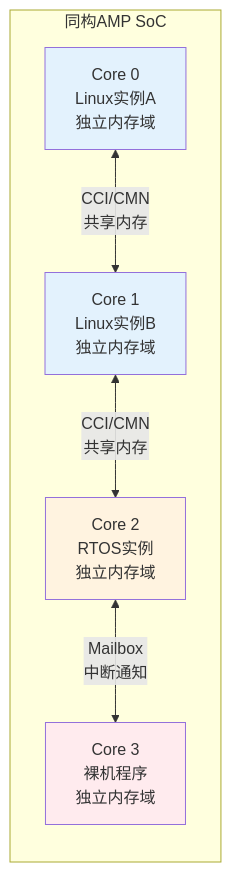
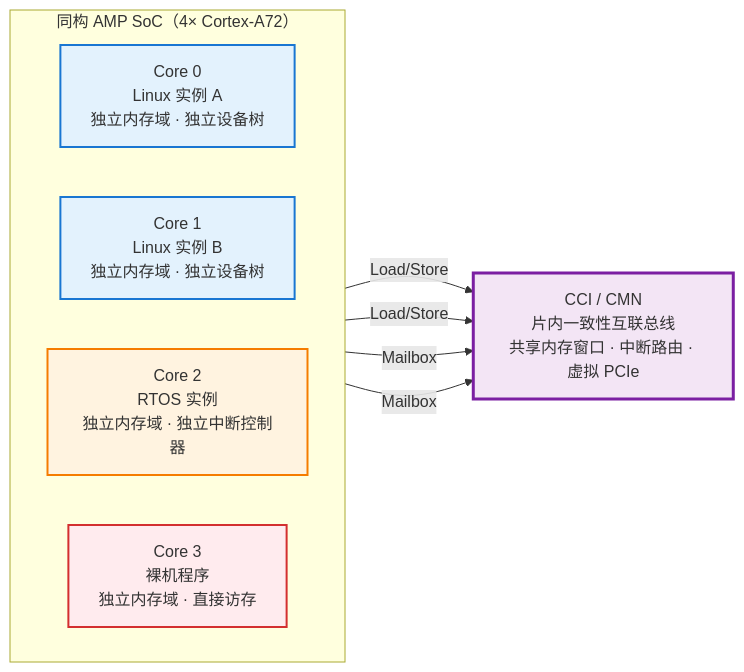
The third of 11 diagrams in docs/10-专用技术与前沿趋势/02-异构多核通信/01-异构架构与通信需求.md (xiaohong0925/Embedded_Knowledge_System_V2026), drawn with Mermaid before and after one commit. The commit also changed other lines of this file, not shown here.

````diff
--- a/docs/10-专用技术与前沿趋势/02-异构多核通信/01-异构架构与通信需求.md
+++ b/docs/10-专用技术与前沿趋势/02-异构多核通信/01-异构架构与通信需求.md
@@ -138,19 +146,23 @@
 ```mermaid
 flowchart LR
-    subgraph SoC["同构AMP SoC"]
-        direction TB
-        Core0["Core 0<br>Linux实例A<br>独立内存域"]
-        Core1["Core 1<br>Linux实例B<br>独立内存域"]
-        Core2["Core 2<br>RTOS实例<br>独立内存域"]
-        Core3["Core 3<br>裸机程序<br>独立内存域"]
+    subgraph SoC["同构 AMP SoC（4× Cortex-A72）"]
+        direction LR
+        Core0["Core 0<br>Linux 实例 A<br>独立内存域 · 独立设备树"]
+        Core1["Core 1<br>Linux 实例 B<br>独立内存域 · 独立设备树"]
+        Core2["Core 2<br>RTOS 实例<br>独立内存域 · 独立中断控制器"]
+        Core3["Core 3<br>裸机程序<br>独立内存域 · 直接访存"]
     end
-    
-    Core0 <-->|CCI/CMN<br>共享内存| Core1
-    Core1 <-->|CCI/CMN<br>共享内存| Core2
-    Core2 <-->|Mailbox<br>中断通知| Core3
-    
-    style Core0 fill:#e3f2fd
-    style Core1 fill:#e3f2fd
-    style Core2 fill:#fff3e0
-    style Core3 fill:#ffebee
+
+    Bus["CCI / CMN<br>片内一致性互联总线<br>共享内存窗口 · 中断路由 · 虚拟 PCIe"]
+
+    Core0 -->|Load/Store| Bus
+    Core1 -->|Load/Store| Bus
+    Core2 -->|Mailbox| Bus
+    Core3 -->|Mailbox| Bus
+
+    style Core0 fill:#e3f2fd,stroke:#1976d2,stroke-width:2px
+    style Core1 fill:#e3f2fd,stroke:#1976d2,stroke-width:2px
+    style Core2 fill:#fff3e0,stroke:#f57c00,stroke-width:2px
+    style Core3 fill:#ffebee,stroke:#d32f2f,stroke-width:2px
+    style Bus fill:#f3e5f5,stroke:#7b1fa2,stroke-width:3px
 ```
````
